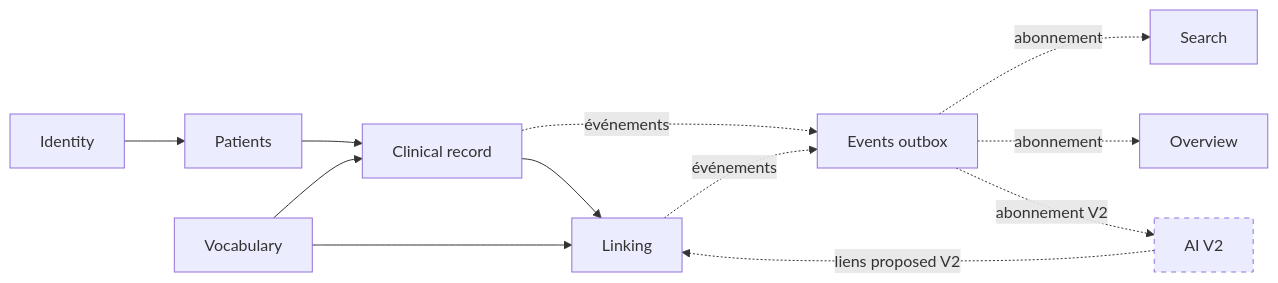
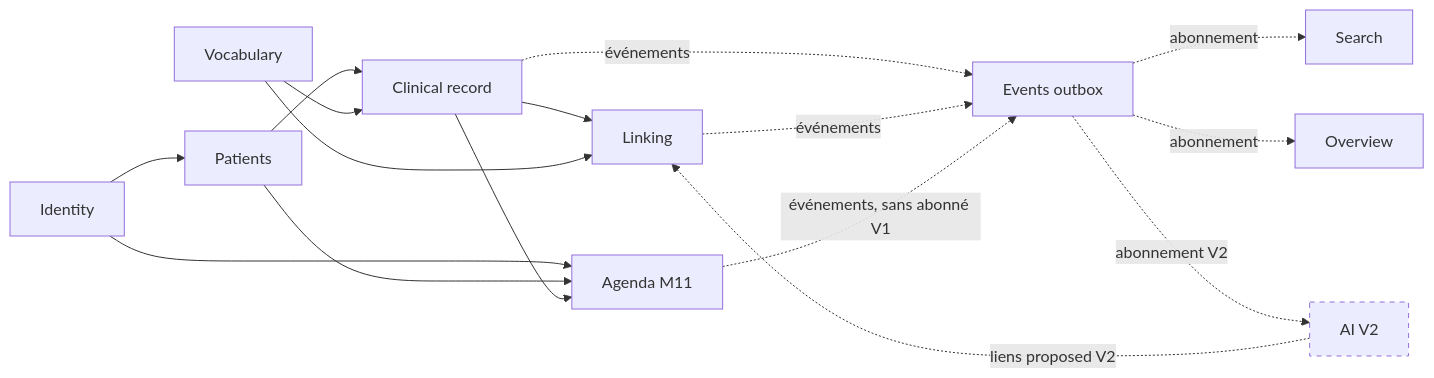
One commit to mrscams/psymate-api changed the first of 15 diagrams in docs/A-architecture.md. Above: the diagram before and after it, drawn with Mermaid. The commit also changed other lines of this file and 12 other files, not shown here.

````diff
--- a/docs/A-architecture.md
+++ b/docs/A-architecture.md
@@ -196,15 +197,19 @@
 ```mermaid
 flowchart LR
   ID[Identity] --> PA[Patients]
   PA --> CR[Clinical record]
   VO[Vocabulary] --> CR
   CR --> LI[Linking]
   VO --> LI
+  ID --> AG[Agenda M11]
+  PA --> AG
+  CR --> AG
   CR -. événements .-> EV[Events outbox]
   LI -. événements .-> EV
+  AG -. événements, sans abonné V1 .-> EV
   EV -. abonnement .-> SE[Search]
   EV -. abonnement .-> OV[Overview]
   EV -. abonnement V2 .-> AI[AI V2]
   AI -. liens proposed V2 .-> LI
   style AI stroke-dasharray: 5 5
 ```
````
